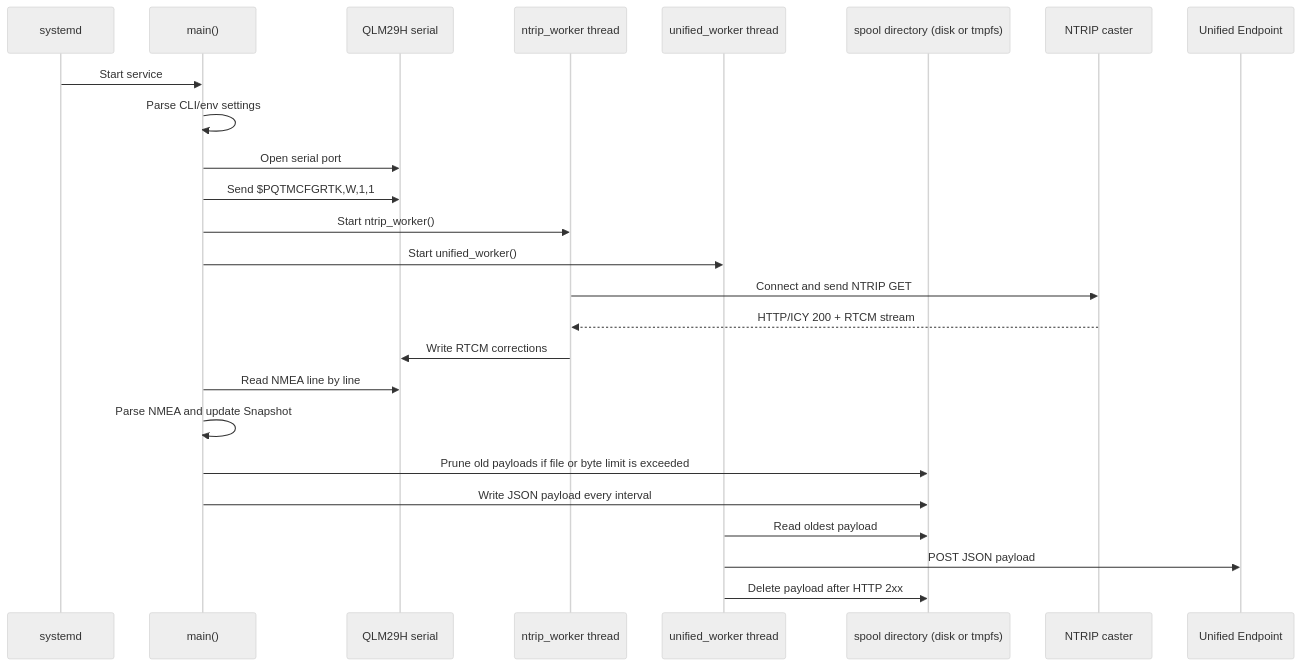
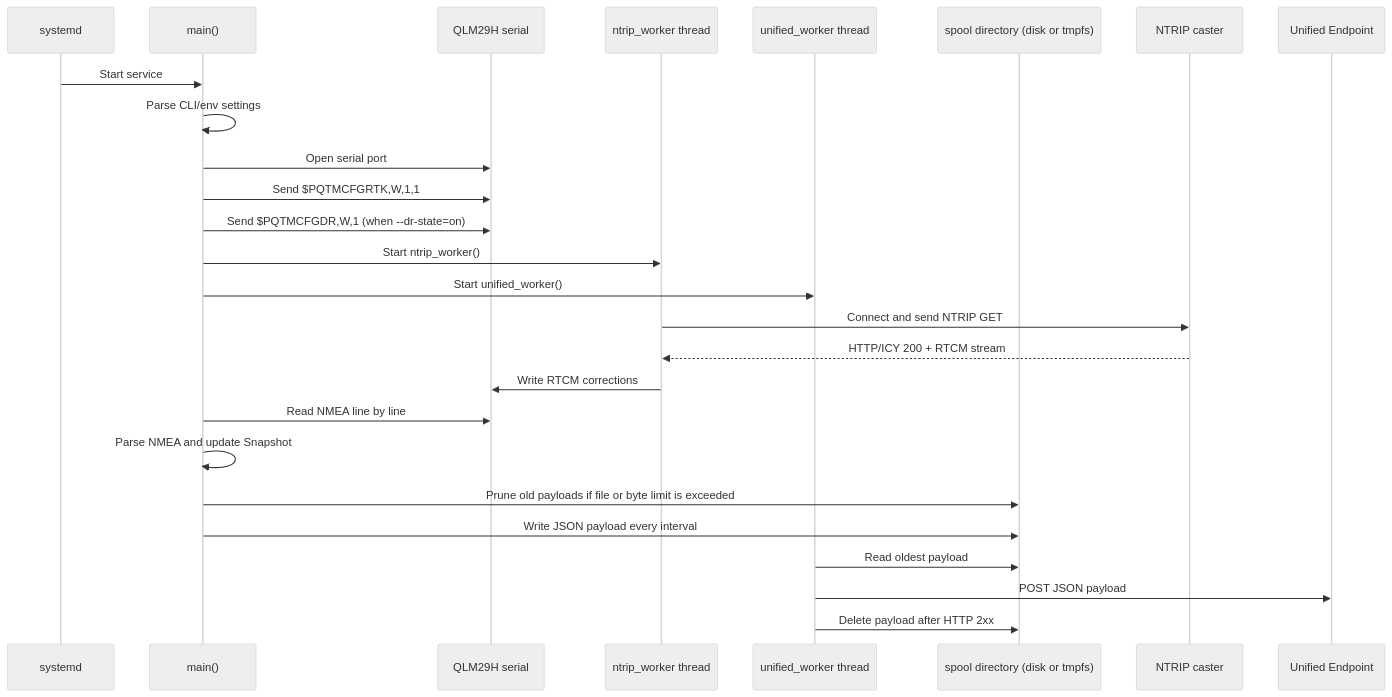
Before and after one commit to takao2704/qlm29h-samples: the third of 3 diagrams in docs/sequence.md, drawn with Mermaid (neutral theme). The commit also changed other lines of this file and 5 other files, not shown here.

````diff
--- a/docs/sequence.md
+++ b/docs/sequence.md
@@ -113,28 +115,29 @@
 ```mermaid
 sequenceDiagram
     participant Systemd as systemd
     participant Main as main()
     participant Serial as QLM29H serial
     participant Ntrip as ntrip_worker thread
     participant Sender as unified_worker thread
     participant Spool as spool directory (disk or tmpfs)
     participant Caster as NTRIP caster
     participant Unified as Unified Endpoint
 
     Systemd->>Main: Start service
     Main->>Main: Parse CLI/env settings
     Main->>Serial: Open serial port
     Main->>Serial: Send $PQTMCFGRTK,W,1,1
+    Main->>Serial: Send $PQTMCFGDR,W,1 (when --dr-state=on)
     Main->>Ntrip: Start ntrip_worker()
     Main->>Sender: Start unified_worker()
     Ntrip->>Caster: Connect and send NTRIP GET
     Caster-->>Ntrip: HTTP/ICY 200 + RTCM stream
     Ntrip->>Serial: Write RTCM corrections
     Main->>Serial: Read NMEA line by line
     Main->>Main: Parse NMEA and update Snapshot
     Main->>Spool: Prune old payloads if file or byte limit is exceeded
     Main->>Spool: Write JSON payload every interval
     Sender->>Spool: Read oldest payload
     Sender->>Unified: POST JSON payload
     Sender->>Spool: Delete payload after HTTP 2xx
 ```
````
